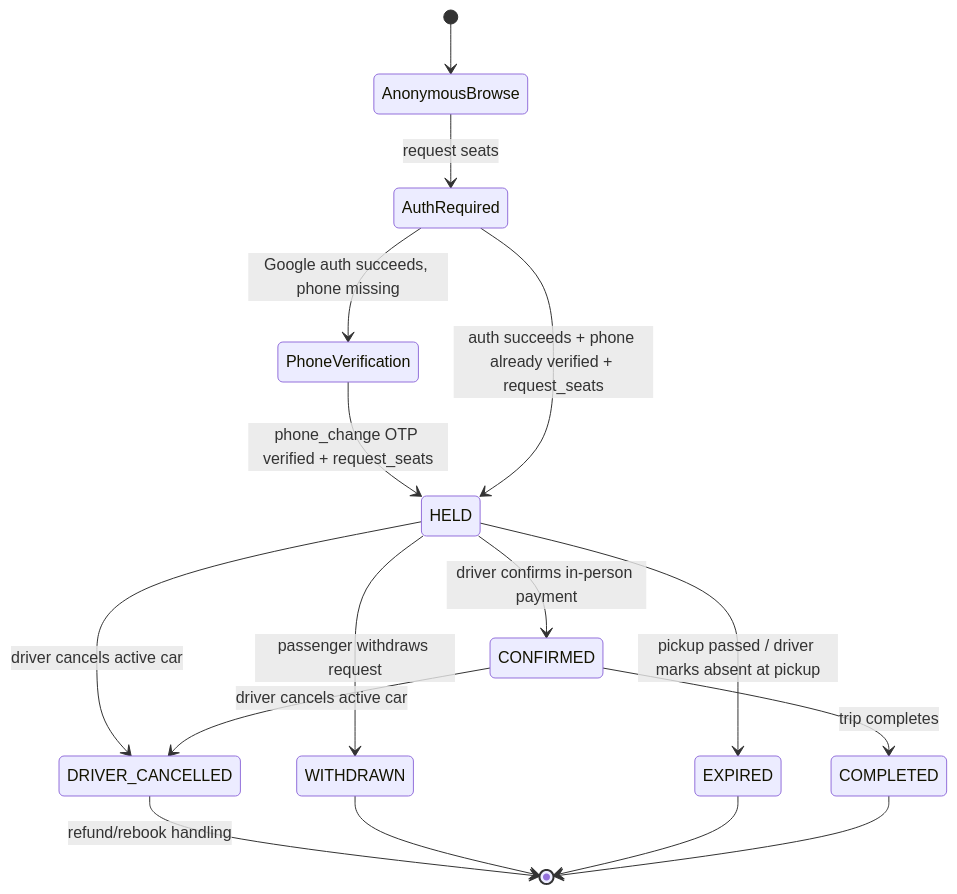
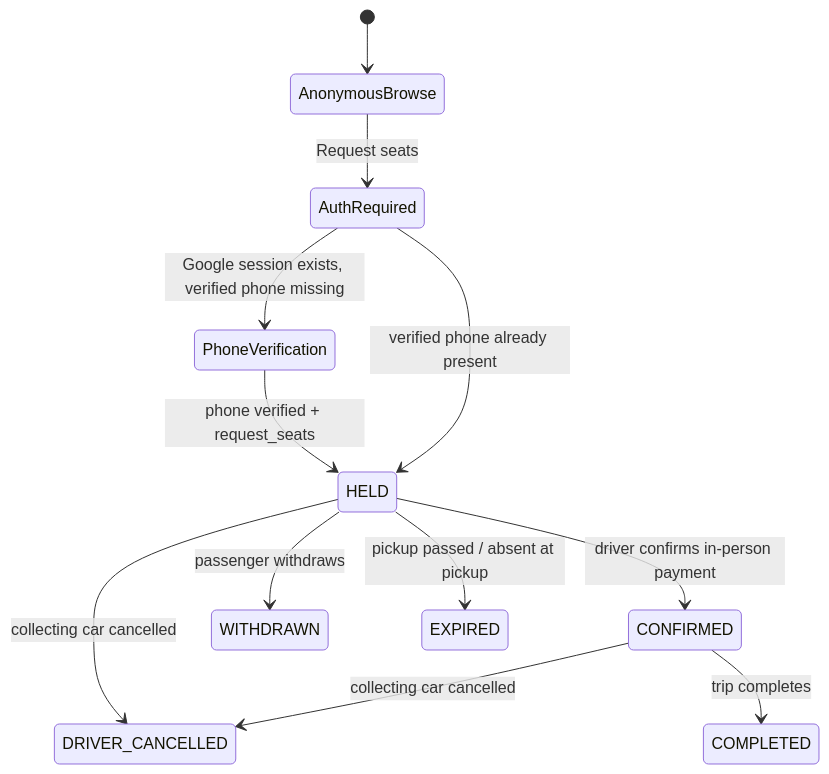
Before and after one commit to rajeevbackup42112-coder/raahimini: the first of 5 diagrams in docs/RAAHI_MASTER_ARCHITECTURE.md, drawn with Mermaid. The commit also changed other lines of this file, not shown here.

Commit message:
Consolidate Raahi canonical architecture

````diff
--- a/docs/RAAHI_MASTER_ARCHITECTURE.md
+++ b/docs/RAAHI_MASTER_ARCHITECTURE.md
@@ -71,18 +86,14 @@
 ```mermaid
 stateDiagram-v2
     [*] --> AnonymousBrowse
-    AnonymousBrowse --> AuthRequired : request seats
-    AuthRequired --> PhoneVerification : Google auth succeeds, phone missing
-    PhoneVerification --> HELD : phone_change OTP verified + request_seats
-    AuthRequired --> HELD : auth succeeds + phone already verified + request_seats
+    AnonymousBrowse --> AuthRequired : Request seats
+    AuthRequired --> PhoneVerification : Google session exists, verified phone missing
+    PhoneVerification --> HELD : phone verified + request_seats
+    AuthRequired --> HELD : verified phone already present
     HELD --> CONFIRMED : driver confirms in-person payment
-    HELD --> WITHDRAWN : passenger withdraws request
-    HELD --> EXPIRED : pickup passed / driver marks absent at pickup
-    HELD --> DRIVER_CANCELLED : driver cancels active car
-    CONFIRMED --> DRIVER_CANCELLED : driver cancels active car
+    HELD --> WITHDRAWN : passenger withdraws
+    HELD --> EXPIRED : pickup passed / absent at pickup
+    HELD --> DRIVER_CANCELLED : collecting car cancelled
+    CONFIRMED --> DRIVER_CANCELLED : collecting car cancelled
     CONFIRMED --> COMPLETED : trip completes
-    DRIVER_CANCELLED --> [*] : refund/rebook handling
-    WITHDRAWN --> [*]
-    EXPIRED --> [*]
-    COMPLETED --> [*]
 ```
````
